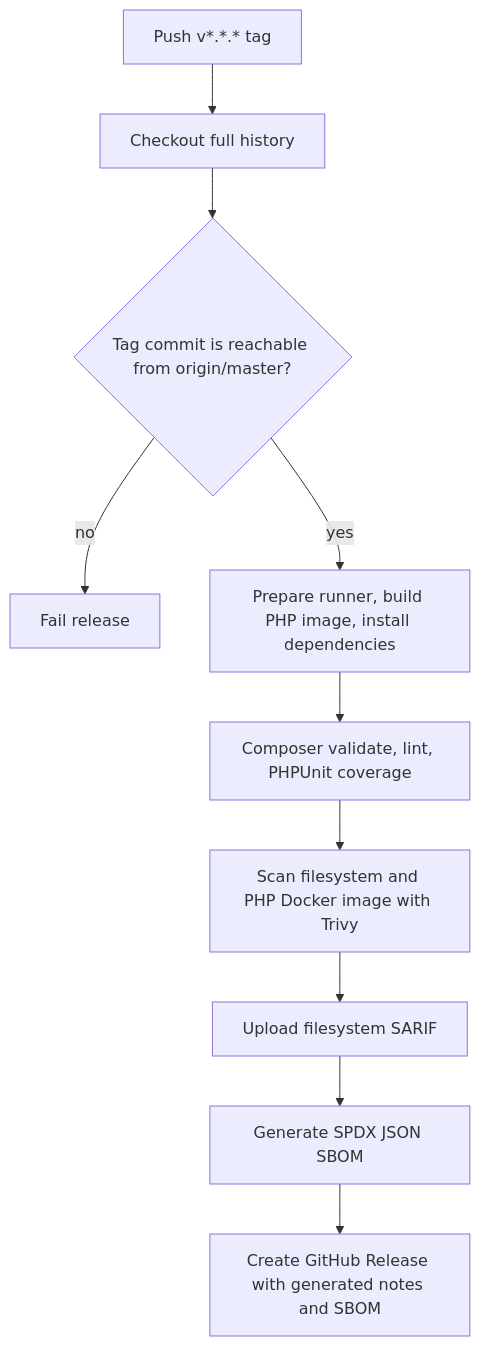
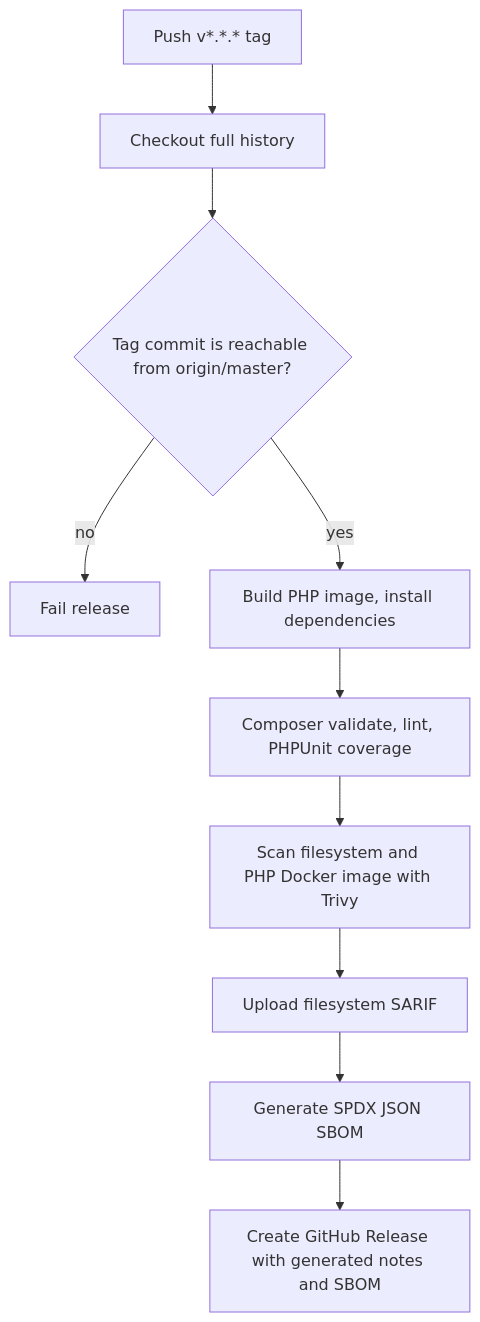
Before and after one commit to jooservices/dto: the fourth of 5 diagrams in WORKFLOWS.md, drawn with Mermaid. The commit also changed other lines of this file and 6 other files, not shown here.

````diff
--- a/WORKFLOWS.md
+++ b/WORKFLOWS.md
@@ -114,12 +109,12 @@
 ```mermaid
 flowchart TD
     Tag[Push v*.*.* tag] --> Checkout[Checkout full history]
     Checkout --> Master{Tag commit is reachable from origin/master?}
     Master -->|no| Stop[Fail release]
-    Master -->|yes| Setup[Prepare runner, build PHP image, install dependencies]
+    Master -->|yes| Setup[Build PHP image, install dependencies]
     Setup --> Quality[Composer validate, lint, PHPUnit coverage]
     Quality --> Trivy[Scan filesystem and PHP Docker image with Trivy]
     Trivy --> SARIF[Upload filesystem SARIF]
     SARIF --> SBOM[Generate SPDX JSON SBOM]
     SBOM --> GHRelease[Create GitHub Release with generated notes and SBOM]
 ```
````
